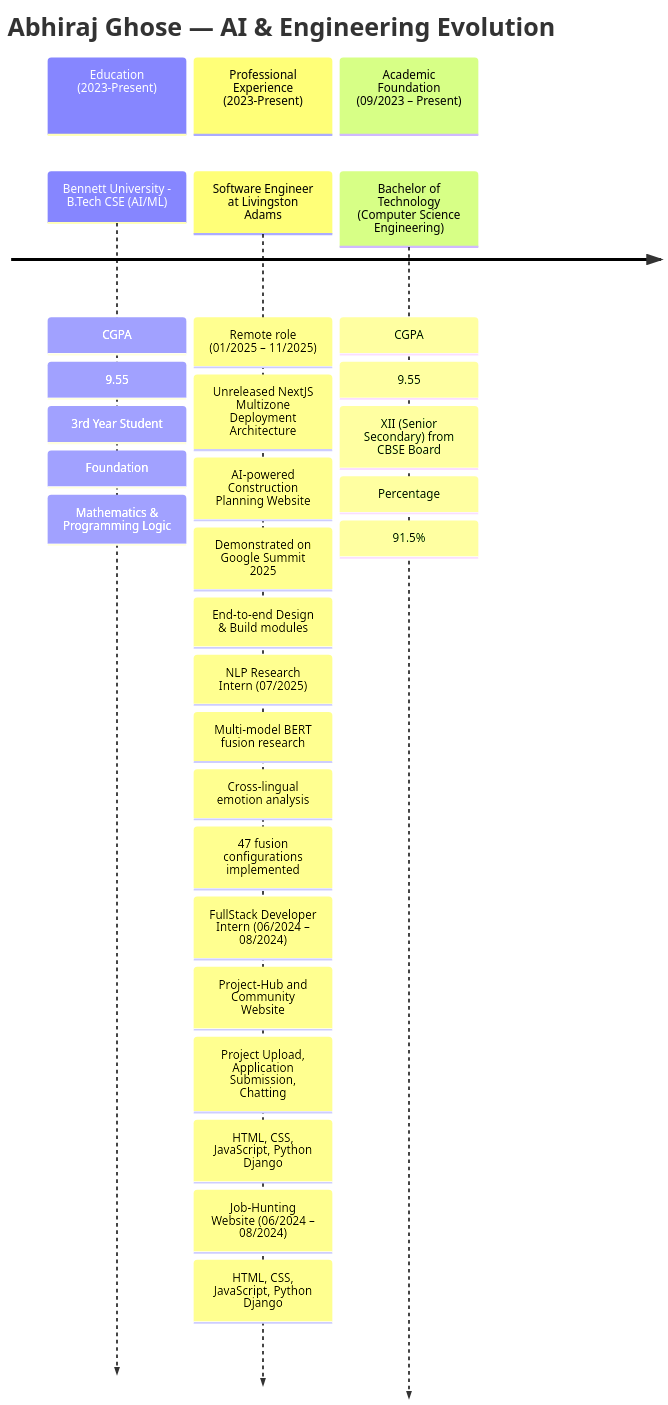
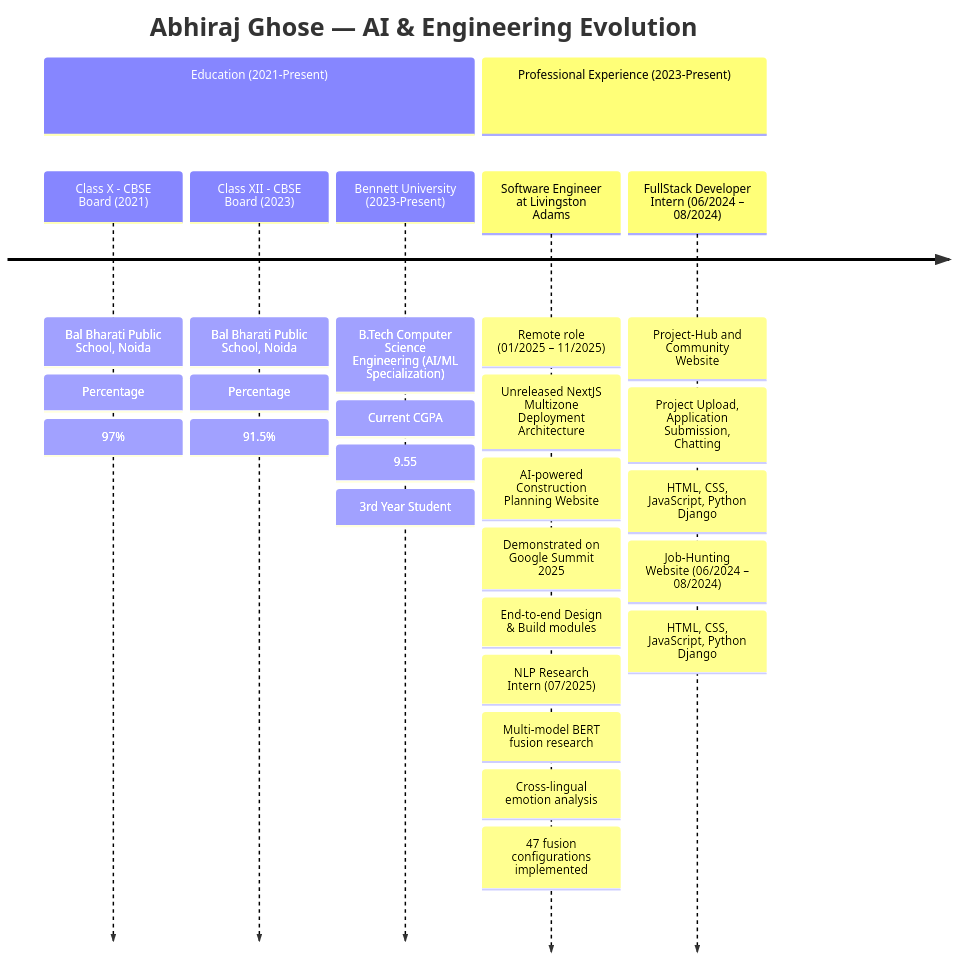
The diagram in README.md (AetherSparks/AetherSparks), drawn with Mermaid before and after one commit. The commit also changed other lines of this file, not shown here.

Commit message:
Education fix

````diff
--- a/README.md
+++ b/README.md
@@ -256,35 +256,34 @@
 ```mermaid
 timeline
     title Abhiraj Ghose — AI & Engineering Evolution
 
-    section Education (2023-Present)
-        Bennett University - B.Tech CSE (AI/ML)
-            : CGPA: 9.55
+    section Education (2021-Present)
+        Class X - CBSE Board (2021)
+            : Bal Bharati Public School, Noida
+            : Percentage: 97%
+        Class XII - CBSE Board (2023)
+            : Bal Bharati Public School, Noida
+            : Percentage: 91.5%
+        Bennett University (2023-Present)
+            : B.Tech Computer Science Engineering (AI/ML Specialization)
+            : Current CGPA: 9.55
             : 3rd Year Student
-        : Foundation
-            : Mathematics & Programming Logic
 
     section Professional Experience (2023-Present)
         Software Engineer at Livingston Adams
             : Remote role (01/2025 – 11/2025)
                 : Unreleased NextJS Multizone Deployment Architecture
                 : AI-powered Construction Planning Website
                 : Demonstrated on Google Summit 2025
                 : End-to-end Design & Build modules
             : NLP Research Intern (07/2025)
                 : Multi-model BERT fusion research
                 : Cross-lingual emotion analysis
                 : 47 fusion configurations implemented
-        : FullStack Developer Intern (06/2024 – 08/2024)
+        FullStack Developer Intern (06/2024 – 08/2024)
             : Project-Hub and Community Website
                 : Project Upload, Application Submission, Chatting
                 : HTML, CSS, JavaScript, Python Django
             : Job-Hunting Website (06/2024 – 08/2024)
                 : HTML, CSS, JavaScript, Python Django
-
-    section Academic Foundation (09/2023 – Present)
-        Bachelor of Technology (Computer Science Engineering)
-            : CGPA: 9.55
-            : XII (Senior Secondary) from CBSE Board
-            : Percentage: 91.5%
 ```
````
